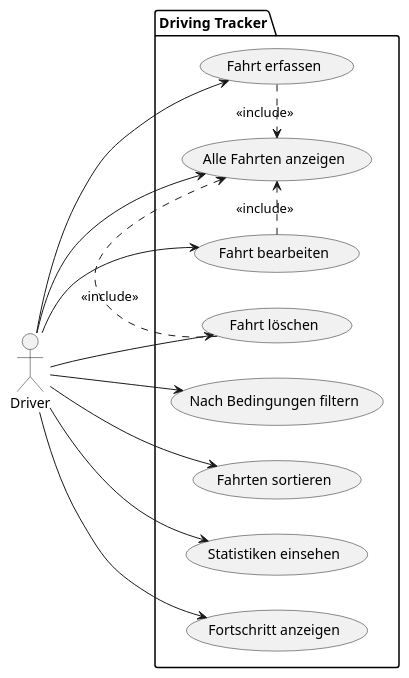
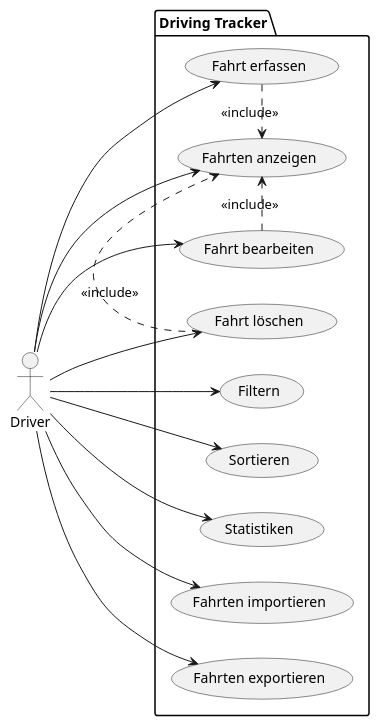
One commit to JBrunnerhtl/Driving_Tracker_Java_Docs changed the first of 3 diagrams in asciidocs/slides/presentation.adoc. Above: the diagram before and after it, drawn with PlantUML. The commit also changed other lines of this file and 2 other files, not shown here.

Commit message:
fixed useCase diagram and presentation.adoc

```diff
--- a/asciidocs/slides/presentation.adoc
+++ b/asciidocs/slides/presentation.adoc
@@ -100,32 +89,34 @@
-[plantuml, usecase, svg]
+[plantuml, usecase, svg, width=85%, height=480]
 ----
 @startuml DrivingTracker_UseCase
 left to right direction
 
 actor Driver
 
 package "Driving Tracker" {
     usecase UC1 as "Fahrt erfassen"
     usecase UC2 as "Fahrt bearbeiten"
     usecase UC3 as "Fahrt löschen"
-    usecase UC4 as "Alle Fahrten anzeigen"
-    usecase UC5 as "Nach Bedingungen filtern"
-    usecase UC6 as "Fahrten sortieren"
-    usecase UC7 as "Statistiken einsehen"
-    usecase UC8 as "Fortschritt anzeigen"
+    usecase UC4 as "Fahrten anzeigen"
+    usecase UC5 as "Filtern"
+    usecase UC6 as "Sortieren"
+    usecase UC7 as "Statistiken"
+    usecase UC8 as "Fahrten importieren"
+    usecase UC9 as "Fahrten exportieren"
 }
 
 Driver --> UC1
 Driver --> UC2
 Driver --> UC3
 Driver --> UC4
 Driver --> UC5
 Driver --> UC6
 Driver --> UC7
 Driver --> UC8
+Driver --> UC9
 
 UC1 .> UC4 : <<include>>
 UC2 .> UC4 : <<include>>
 UC3 .> UC4 : <<include>>
 @enduml
 ----
```
